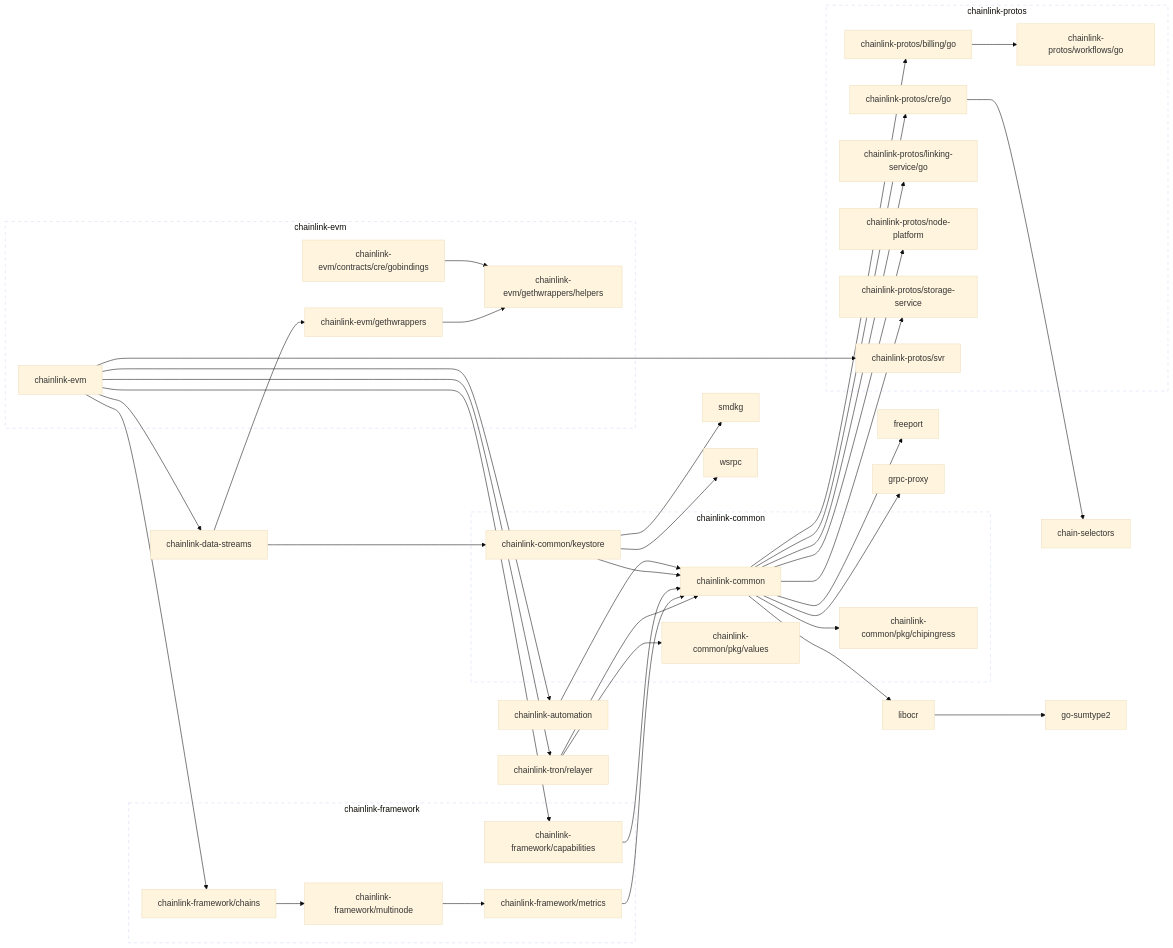
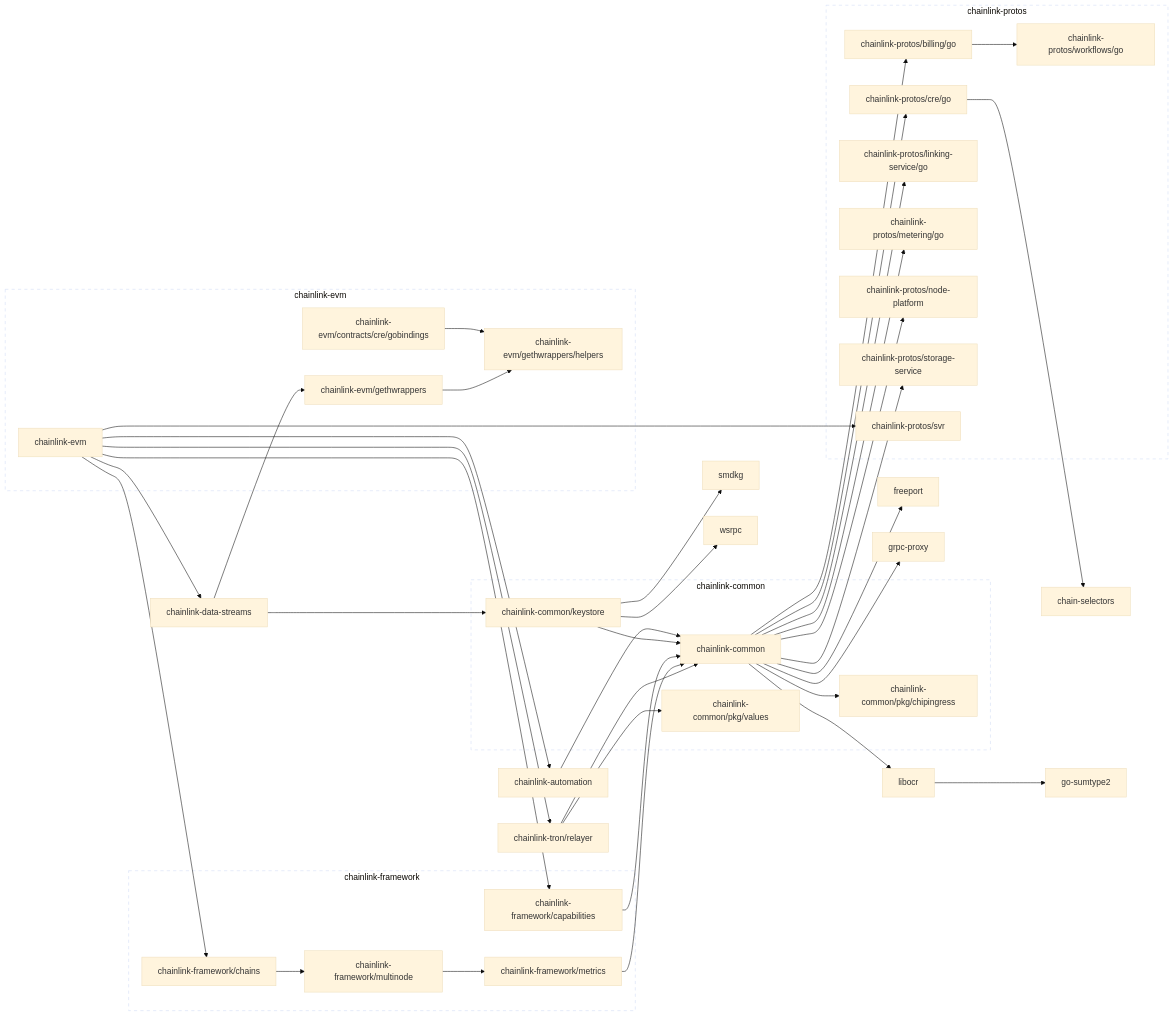
Before and after one commit to smartcontractkit/chainlink-evm: the diagram in go.md, drawn with Mermaid (base theme).

Commit message:
make generate

```diff
--- a/go.md
+++ b/go.md
@@ -10,6 +10,7 @@
 	chainlink-common --> chainlink-protos/billing/go
 	chainlink-common --> chainlink-protos/cre/go
 	chainlink-common --> chainlink-protos/linking-service/go
+	chainlink-common --> chainlink-protos/metering/go
 	chainlink-common --> chainlink-protos/node-platform
 	chainlink-common --> chainlink-protos/storage-service
 	chainlink-common --> freeport
@@ -54,6 +55,8 @@
 	click chainlink-protos/cre/go href "https://github.com/smartcontractkit/chainlink-protos"
 	chainlink-protos/linking-service/go
 	click chainlink-protos/linking-service/go href "https://github.com/smartcontractkit/chainlink-protos"
+	chainlink-protos/metering/go
+	click chainlink-protos/metering/go href "https://github.com/smartcontractkit/chainlink-protos"
 	chainlink-protos/node-platform
 	click chainlink-protos/node-platform href "https://github.com/smartcontractkit/chainlink-protos"
 	chainlink-protos/storage-service
@@ -106,6 +109,7 @@
 		 chainlink-protos/billing/go
 		 chainlink-protos/cre/go
 		 chainlink-protos/linking-service/go
+		 chainlink-protos/metering/go
 		 chainlink-protos/node-platform
 		 chainlink-protos/storage-service
 		 chainlink-protos/svr
```
